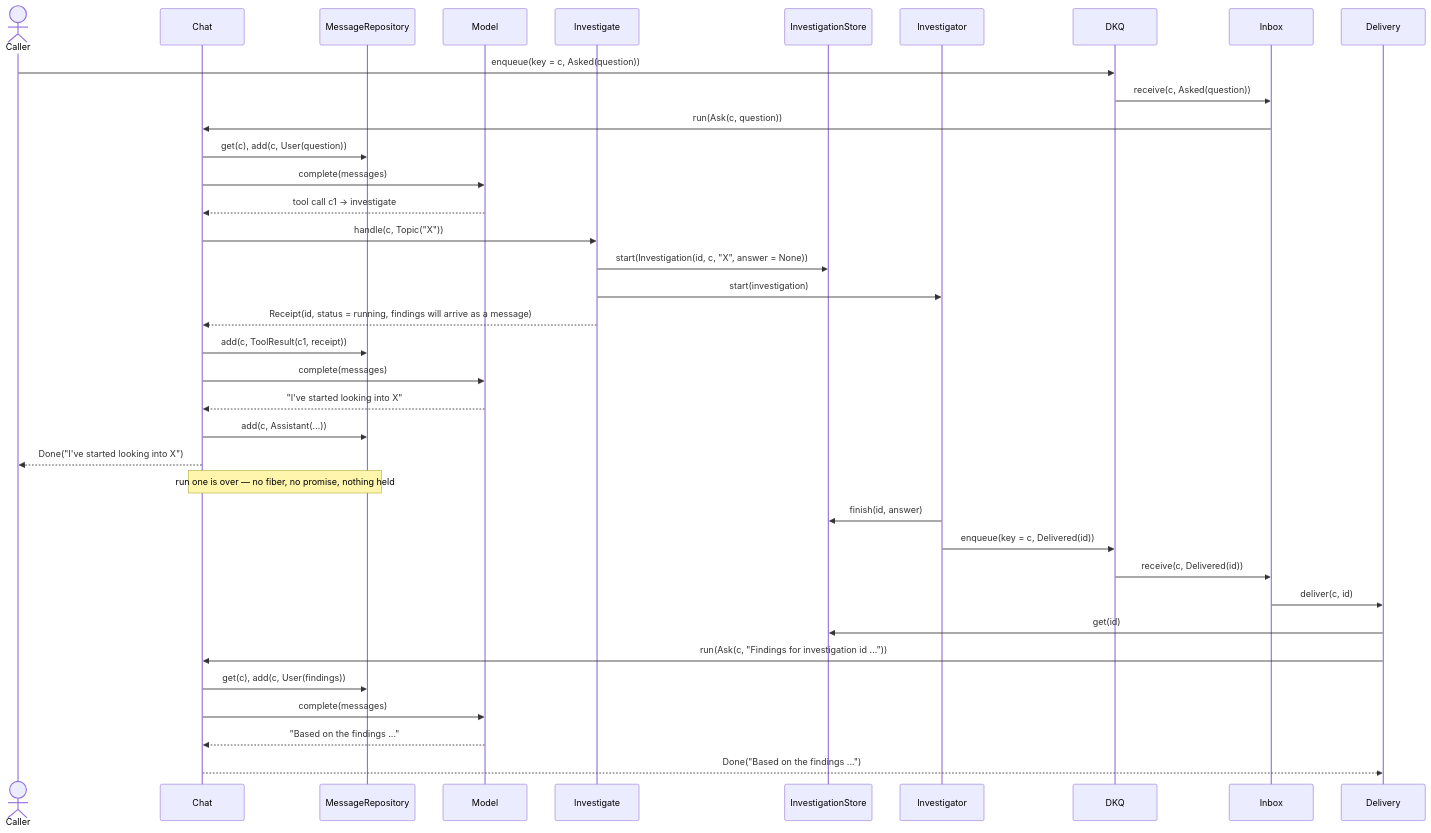
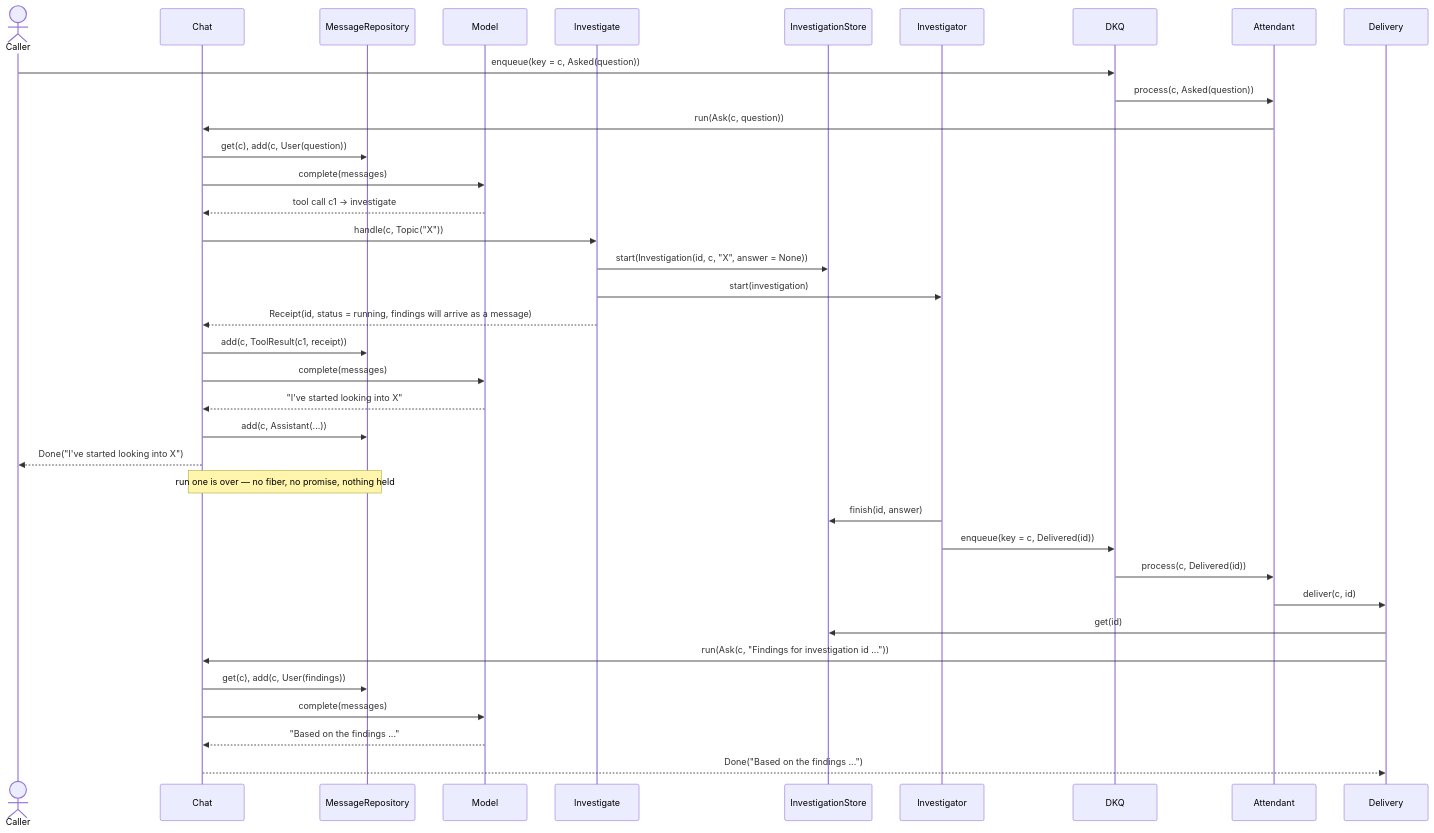
The diagram in docs/research/a-tool-that-answers-later.md (AndreMeira/homelab-toolkit-zio), drawn with Mermaid before and after one commit. The commit also changed other lines of this file and 3 other files, not shown here.

````diff
--- a/docs/research/a-tool-that-answers-later.md
+++ b/docs/research/a-tool-that-answers-later.md
@@ -41,42 +41,42 @@
 ```mermaid
 sequenceDiagram
     actor Caller
     participant Chat
     participant Repo as MessageRepository
     participant Model
     participant Tool as Investigate
     participant Store as InvestigationStore
     participant Worker as Investigator
     participant Queue as DKQ
-    participant Inbox
+    participant Attendant
     participant Delivery
 
     Caller->>Queue: enqueue(key = c, Asked(question))
-    Queue->>Inbox: receive(c, Asked(question))
-    Inbox->>Chat: run(Ask(c, question))
+    Queue->>Attendant: process(c, Asked(question))
+    Attendant->>Chat: run(Ask(c, question))
     Chat->>Repo: get(c), add(c, User(question))
     Chat->>Model: complete(messages)
     Model-->>Chat: tool call c1 → investigate
     Chat->>Tool: handle(c, Topic("X"))
     Tool->>Store: start(Investigation(id, c, "X", answer = None))
     Tool->>Worker: start(investigation)
     Tool-->>Chat: Receipt(id, status = running, findings will arrive as a message)
     Chat->>Repo: add(c, ToolResult(c1, receipt))
     Chat->>Model: complete(messages)
     Model-->>Chat: "I've started looking into X"
     Chat->>Repo: add(c, Assistant(...))
     Chat-->>Caller: Done("I've started looking into X")
 
     Note over Chat,Repo: run one is over — no fiber, no promise, nothing held
 
     Worker->>Store: finish(id, answer)
     Worker->>Queue: enqueue(key = c, Delivered(id))
-    Queue->>Inbox: receive(c, Delivered(id))
-    Inbox->>Delivery: deliver(c, id)
+    Queue->>Attendant: process(c, Delivered(id))
+    Attendant->>Delivery: deliver(c, id)
     Delivery->>Store: get(id)
     Delivery->>Chat: run(Ask(c, "Findings for investigation id ..."))
     Chat->>Repo: get(c), add(c, User(findings))
     Chat->>Model: complete(messages)
     Model-->>Chat: "Based on the findings ..."
     Chat-->>Delivery: Done("Based on the findings ...")
 ```
````
